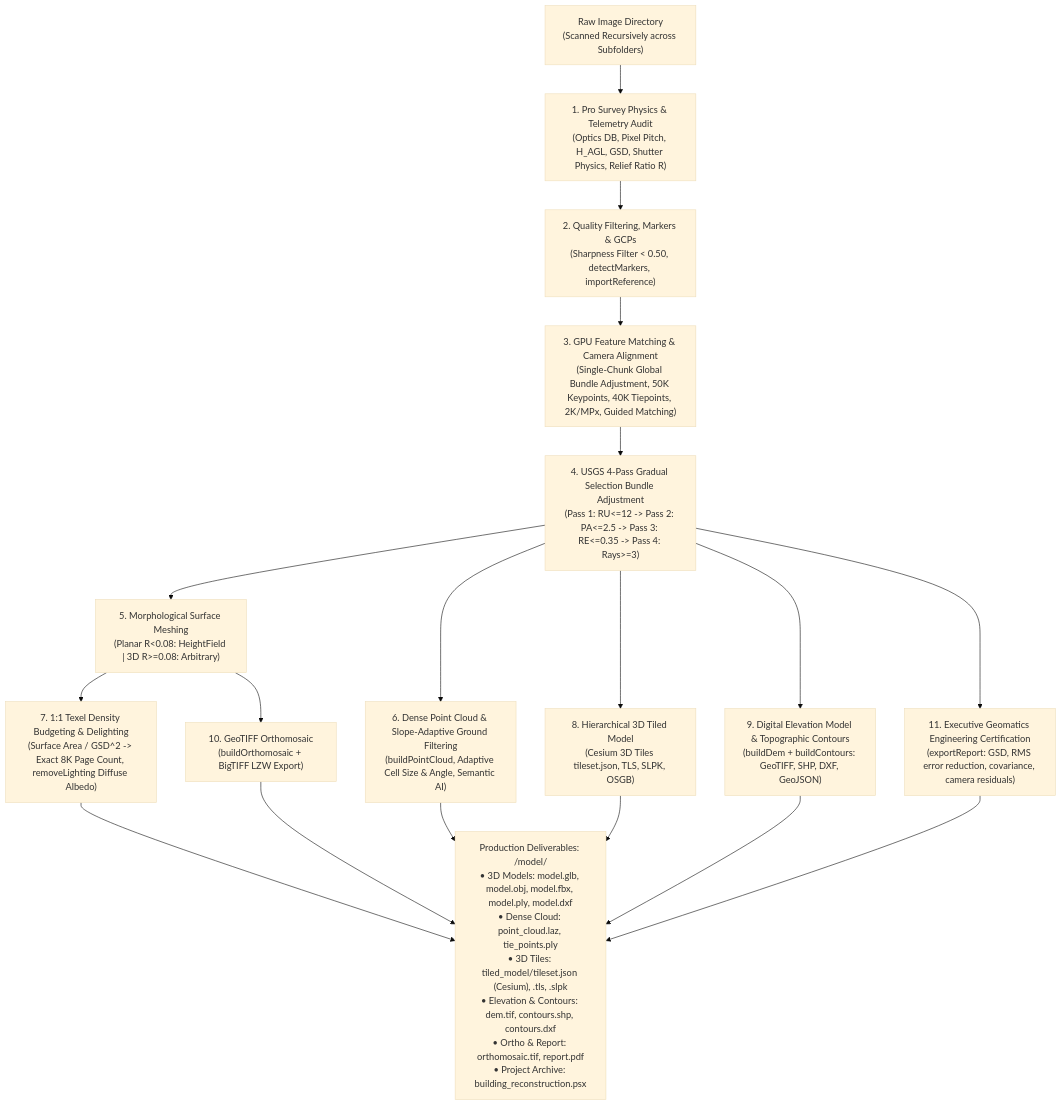
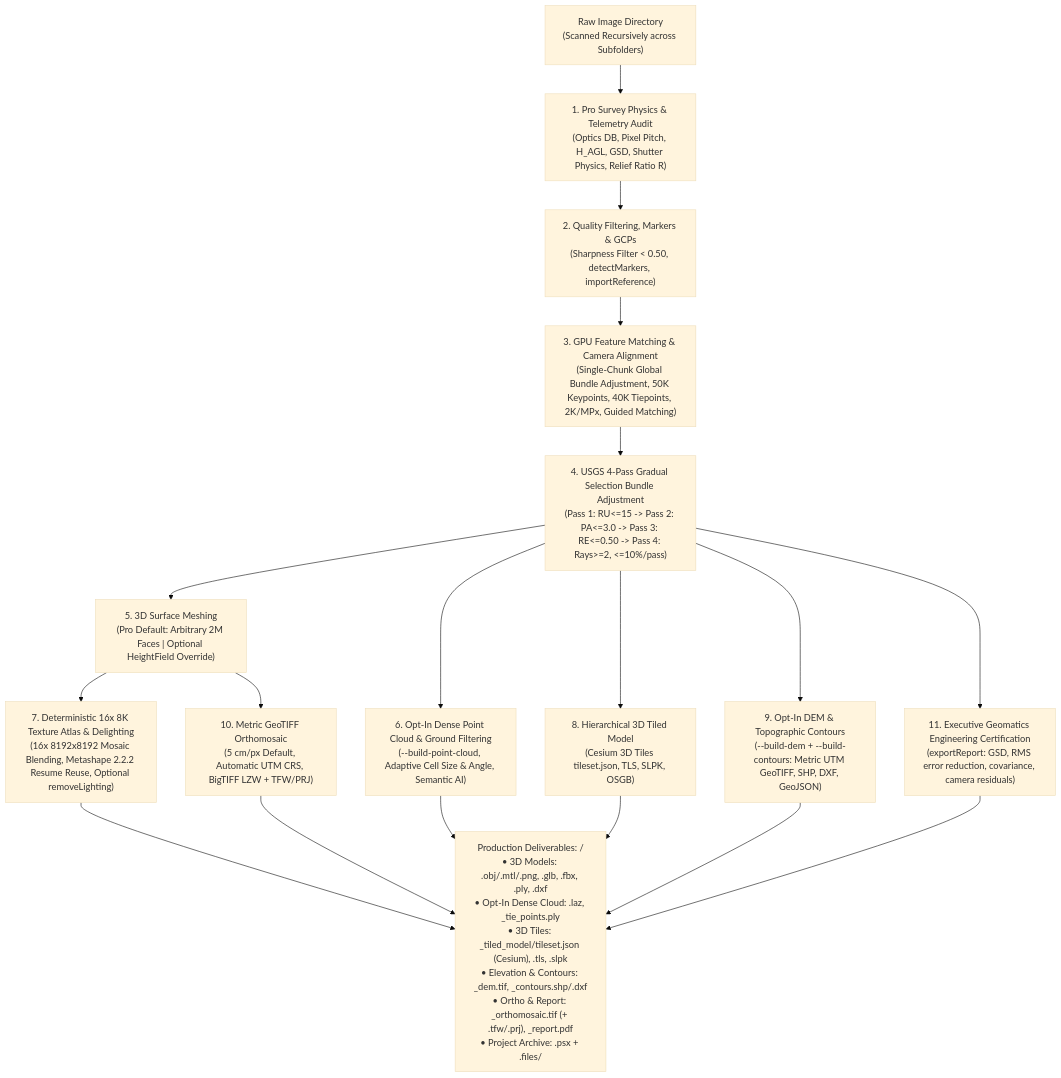
The diagram in skills/user/image-to-3d-model/SKILL.md (ngviettam82/AutoMetashape), drawn with Mermaid (base theme) before and after one commit. The commit also changed other lines of this file and 20 other files, not shown here.

````diff
--- a/skills/user/image-to-3d-model/SKILL.md
+++ b/skills/user/image-to-3d-model/SKILL.md
@@ -41,20 +41,20 @@
 ```mermaid
 flowchart TD
     A["Raw Image Directory<br/>(Scanned Recursively across Subfolders)"] --> B["1. Pro Survey Physics & Telemetry Audit<br/>(Optics DB, Pixel Pitch, H_AGL, GSD, Shutter Physics, Relief Ratio R)"]
     B --> C["2. Quality Filtering, Markers & GCPs<br/>(Sharpness Filter < 0.50, detectMarkers, importReference)"]
     C --> D["3. GPU Feature Matching & Camera Alignment<br/>(Single-Chunk Global Bundle Adjustment, 50K Keypoints, 40K Tiepoints, 2K/MPx, Guided Matching)"]
-    D --> E["4. USGS 4-Pass Gradual Selection Bundle Adjustment<br/>(Pass 1: RU<=12 -> Pass 2: PA<=2.5 -> Pass 3: RE<=0.35 -> Pass 4: Rays>=3)"]
-    E --> F["5. Morphological Surface Meshing<br/>(Planar R<0.08: HeightField | 3D R>=0.08: Arbitrary)"]
-    E --> G["6. Dense Point Cloud & Slope-Adaptive Ground Filtering<br/>(buildPointCloud, Adaptive Cell Size & Angle, Semantic AI)"]
-    F --> H["7. 1:1 Texel Density Budgeting & Delighting<br/>(Surface Area / GSD^2 -> Exact 8K Page Count, removeLighting Diffuse Albedo)"]
+    D --> E["4. USGS 4-Pass Gradual Selection Bundle Adjustment<br/>(Pass 1: RU<=15 -> Pass 2: PA<=3.0 -> Pass 3: RE<=0.50 -> Pass 4: Rays>=2, <=10%/pass)"]
+    E --> F["5. 3D Surface Meshing<br/>(Pro Default: Arbitrary 2M Faces | Optional HeightField Override)"]
+    E --> G["6. Opt-In Dense Point Cloud & Ground Filtering<br/>(--build-point-cloud, Adaptive Cell Size & Angle, Semantic AI)"]
+    F --> H["7. Deterministic 16x 8K Texture Atlas & Delighting<br/>(16x 8192x8192 Mosaic Blending, Metashape 2.2.2 Resume Reuse, Optional removeLighting)"]
     E --> I["8. Hierarchical 3D Tiled Model<br/>(Cesium 3D Tiles tileset.json, TLS, SLPK, OSGB)"]
-    E --> J["9. Digital Elevation Model & Topographic Contours<br/>(buildDem + buildContours: GeoTIFF, SHP, DXF, GeoJSON)"]
-    F --> K["10. GeoTIFF Orthomosaic<br/>(buildOrthomosaic + BigTIFF LZW Export)"]
+    E --> J["9. Opt-In DEM & Topographic Contours<br/>(--build-dem + --build-contours: Metric UTM GeoTIFF, SHP, DXF, GeoJSON)"]
+    F --> K["10. Metric GeoTIFF Orthomosaic<br/>(5 cm/px Default, Automatic UTM CRS, BigTIFF LZW + TFW/PRJ)"]
     E --> L["11. Executive Geomatics Engineering Certification<br/>(exportReport: GSD, RMS error reduction, covariance, camera residuals)"]
-    G --> M["Production Deliverables: <images_dir>/model/<br/>• 3D Models: model.glb, model.obj, model.fbx, model.ply, model.dxf<br/>• Dense Cloud: point_cloud.laz, tie_points.ply<br/>• 3D Tiles: tiled_model/tileset.json (Cesium), .tls, .slpk<br/>• Elevation & Contours: dem.tif, contours.shp, contours.dxf<br/>• Ortho & Report: orthomosaic.tif, report.pdf<br/>• Project Archive: building_reconstruction.psx"]
+    G --> M["Production Deliverables: <output_dir>/<br/>• 3D Models: <project>.obj/.mtl/.png, <project>.glb, .fbx, .ply, .dxf<br/>• Opt-In Dense Cloud: <project>.laz, <project>_tie_points.ply<br/>• 3D Tiles: <project>_tiled_model/tileset.json (Cesium), .tls, .slpk<br/>• Elevation & Contours: <project>_dem.tif, <project>_contours.shp/.dxf<br/>• Ortho & Report: <project>_orthomosaic.tif (+ .tfw/.prj), <project>_report.pdf<br/>• Project Archive: <project>.psx + <project>.files/"]
     H --> M
     I --> M
     J --> M
     K --> M
     L --> M
 ```
````
